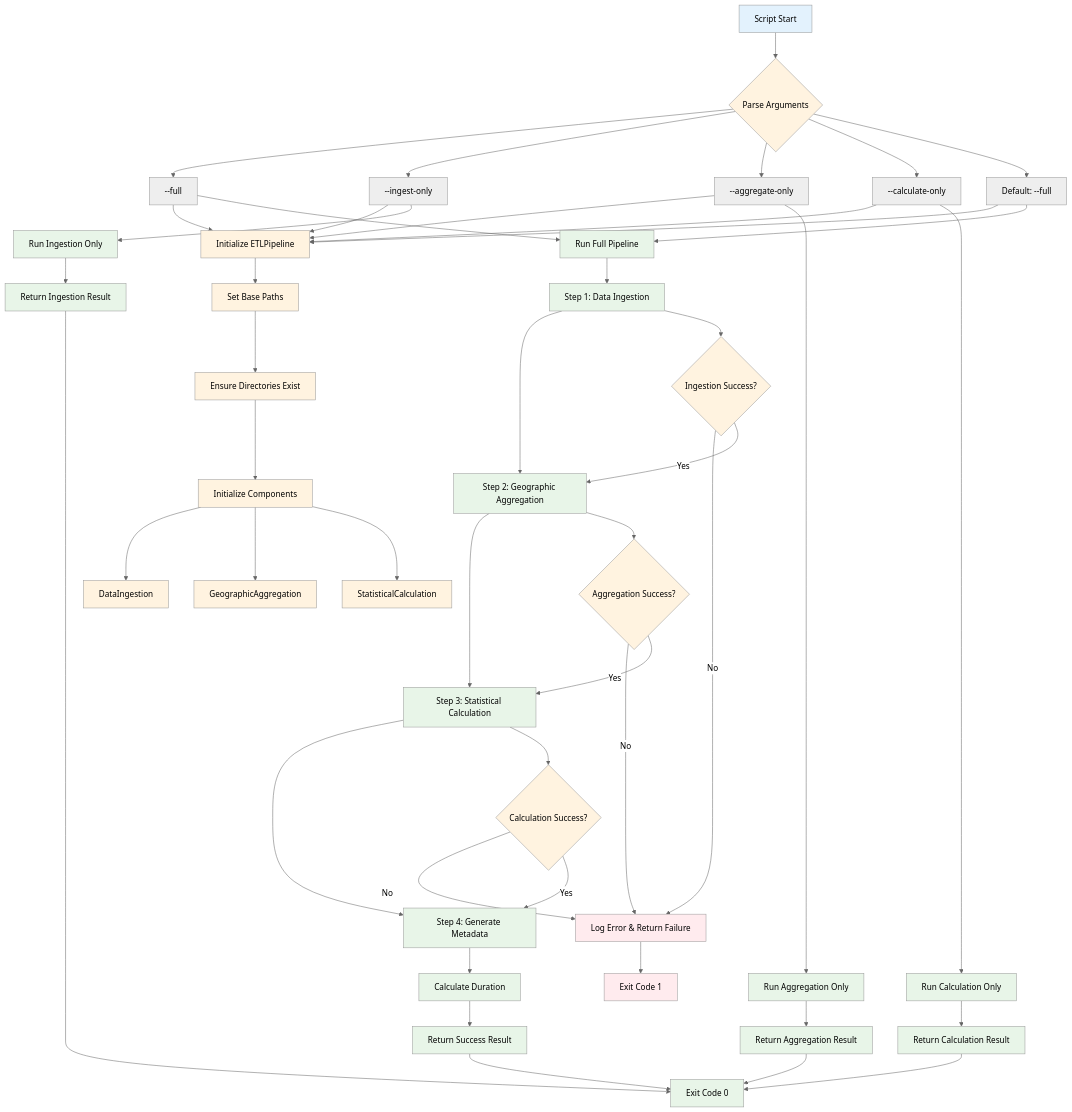
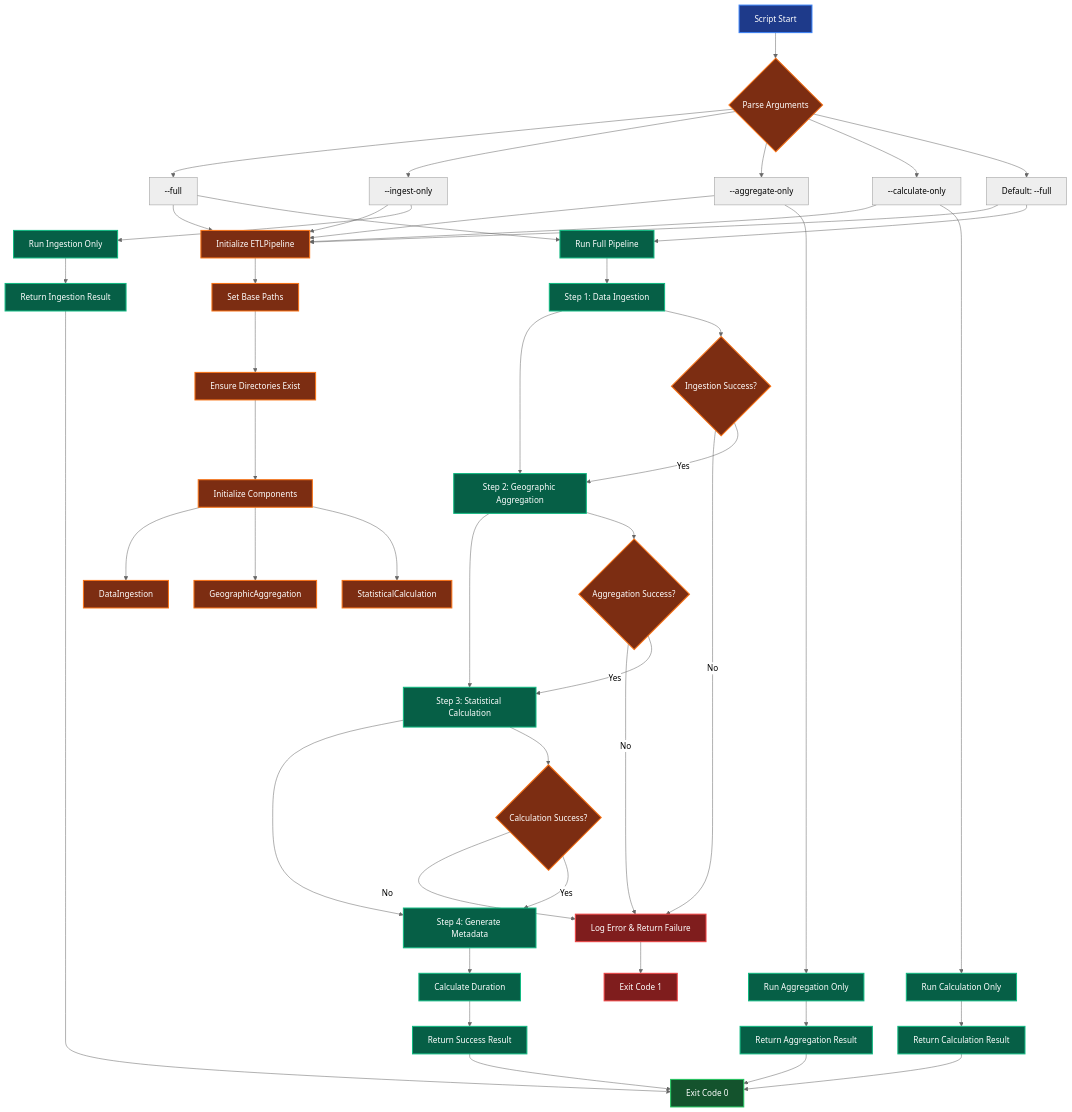
Before and after one commit to RobertJStewart/RE: the first of 5 diagrams in backend/scripts/update_flow_diagram.md, drawn with Mermaid (neutral theme). The commit also changed other lines of this file, not shown here.

First line of the commit message:
Update diagram colors for dark background readability

````diff
--- a/backend/scripts/update_flow_diagram.md
+++ b/backend/scripts/update_flow_diagram.md
@@ -5,80 +5,80 @@
 ```mermaid
 graph TB
     %% Entry Point
     A[Script Start] --> B{Parse Arguments}
     
     %% Argument Processing
     B --> C[--full]
     B --> D[--ingest-only]
     B --> E[--aggregate-only]
     B --> F[--calculate-only]
     B --> G[Default: --full]
     
     %% Pipeline Initialization
     C --> H[Initialize ETLPipeline]
     D --> H
     E --> H
     F --> H
     G --> H
     
     %% Pipeline Setup
     H --> I[Set Base Paths]
     I --> J[Ensure Directories Exist]
     J --> K[Initialize Components]
     K --> L[DataIngestion]
     K --> M[GeographicAggregation]
     K --> N[StatisticalCalculation]
     
     %% Full Pipeline Flow
     C --> O[Run Full Pipeline]
     G --> O
     O --> P[Step 1: Data Ingestion]
     P --> Q[Step 2: Geographic Aggregation]
     Q --> R[Step 3: Statistical Calculation]
     R --> S[Step 4: Generate Metadata]
     S --> T[Calculate Duration]
     T --> U[Return Success Result]
     
     %% Individual Step Flows
     D --> V[Run Ingestion Only]
     E --> W[Run Aggregation Only]
     F --> X[Run Calculation Only]
     
     V --> Y[Return Ingestion Result]
     W --> Z[Return Aggregation Result]
     X --> AA[Return Calculation Result]
     
     %% Error Handling
     P --> BB{Ingestion Success?}
     BB -->|No| CC[Log Error & Return Failure]
     BB -->|Yes| Q
     
     Q --> DD{Aggregation Success?}
     DD -->|No| CC
     DD -->|Yes| R
     
     R --> EE{Calculation Success?}
     EE -->|No| CC
     EE -->|Yes| S
     
     %% Exit
     U --> FF[Exit Code 0]
     Y --> FF
     Z --> FF
     AA --> FF
     CC --> GG[Exit Code 1]
     
-    %% Styling
-    classDef entry fill:#e3f2fd
-    classDef process fill:#e8f5e8
-    classDef decision fill:#fff3e0
-    classDef error fill:#ffebee
-    classDef success fill:#e8f5e8
+    %% Styling - Optimized for dark backgrounds
+    classDef entry fill:#1e3a8a,stroke:#3b82f6,stroke-width:2px,color:#ffffff
+    classDef process fill:#065f46,stroke:#10b981,stroke-width:2px,color:#ffffff
+    classDef decision fill:#7c2d12,stroke:#f97316,stroke-width:2px,color:#ffffff
+    classDef error fill:#7f1d1d,stroke:#ef4444,stroke-width:2px,color:#ffffff
+    classDef success fill:#14532d,stroke:#22c55e,stroke-width:2px,color:#ffffff
     
     class A entry
     class B,H,I,J,K,L,M,N decision
     class O,P,Q,R,S,T,U,V,W,X,Y,Z,AA process
     class BB,DD,EE decision
     class CC,GG error
     class FF success
 ```
````
